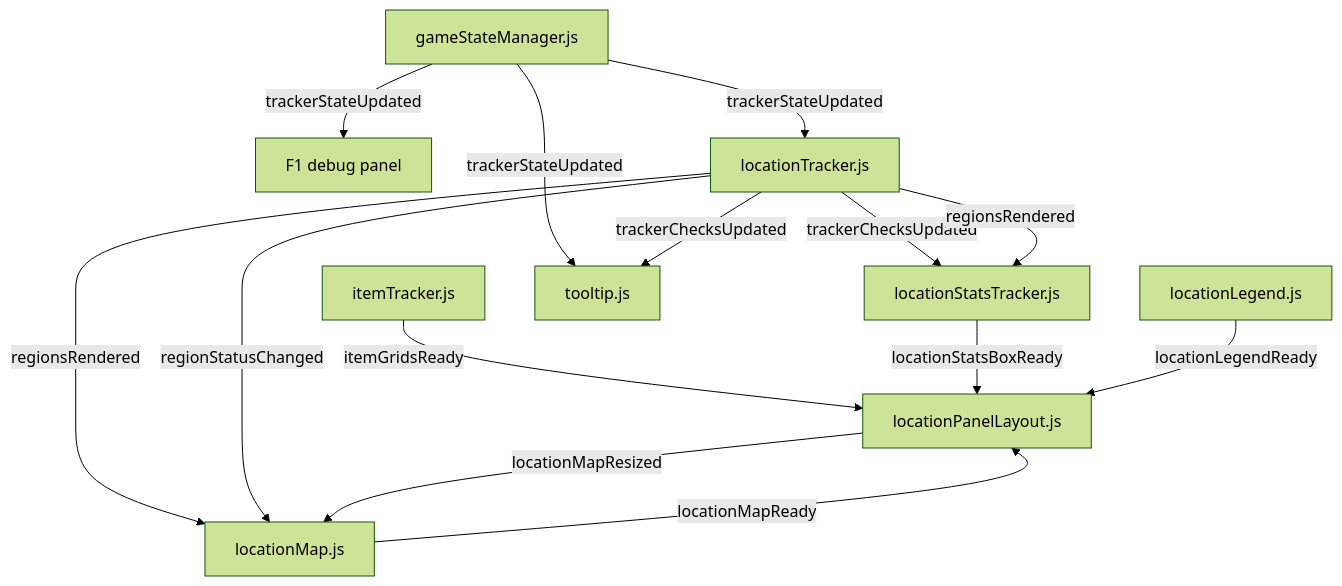
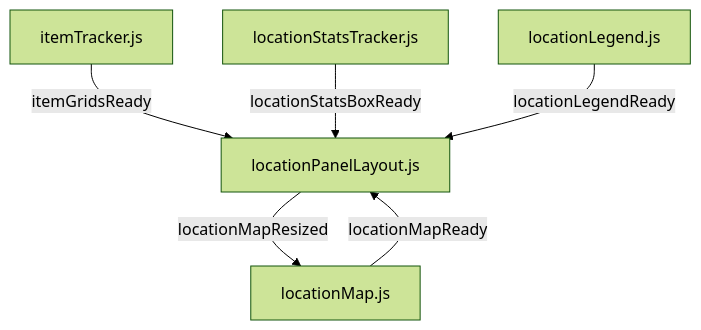
The tenth of 15 diagrams in documentation/architecture-diagram.md (GonzaloJMora/mm3drTracker), drawn with Mermaid (forest theme) before and after one commit. The commit also changed other lines of this file and 49 other files, not shown here.

````diff
--- a/documentation/architecture-diagram.md
+++ b/documentation/architecture-diagram.md
@@ -96,28 +254,14 @@
 ```mermaid
 flowchart TB
-    GSM["gameStateManager.js"]
-    DBG["F1 debug panel"]
     IT["itemTracker.js"]
-    LT["locationTracker.js"]
     LST["locationStatsTracker.js"]
     LEG["locationLegend.js"]
     LM["locationMap.js"]
     LPL["locationPanelLayout.js"]
-    TT["tooltip.js"]
-
-    GSM -- "trackerStateUpdated" --> DBG
-    GSM -- "trackerStateUpdated" --> LT
-    GSM -- "trackerStateUpdated" --> TT
-
-    LT -- "trackerChecksUpdated" --> LST
-    LT -- "trackerChecksUpdated" --> TT
-    LT -- "regionsRendered" --> LST
-    LT -- "regionsRendered" --> LM
-    LT -- "regionStatusChanged" --> LM
 
     IT -- "itemGridsReady" --> LPL
     LST -- "locationStatsBoxReady" --> LPL
     LEG -- "locationLegendReady" --> LPL
     LM -- "locationMapReady" --> LPL
     LPL -- "locationMapResized" --> LM
 ```
````
